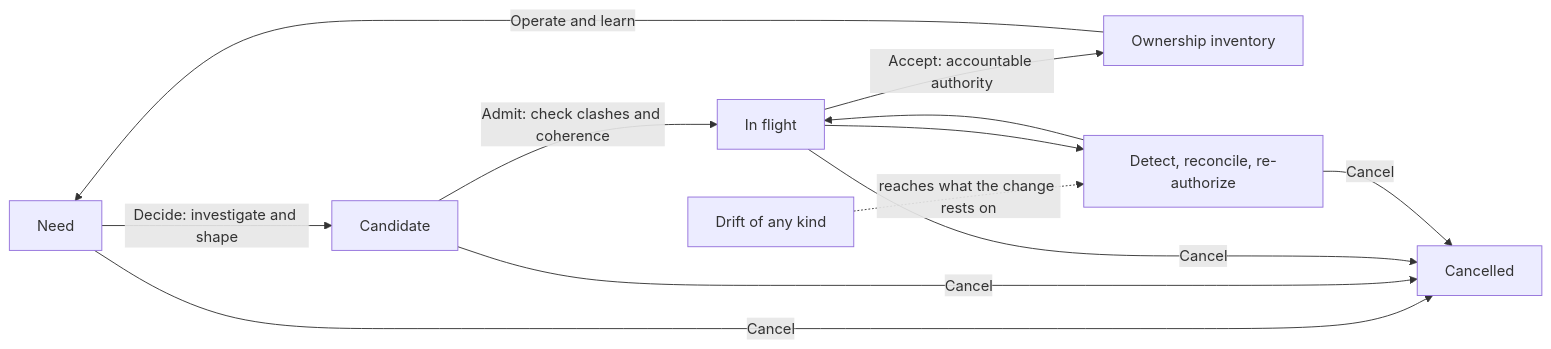
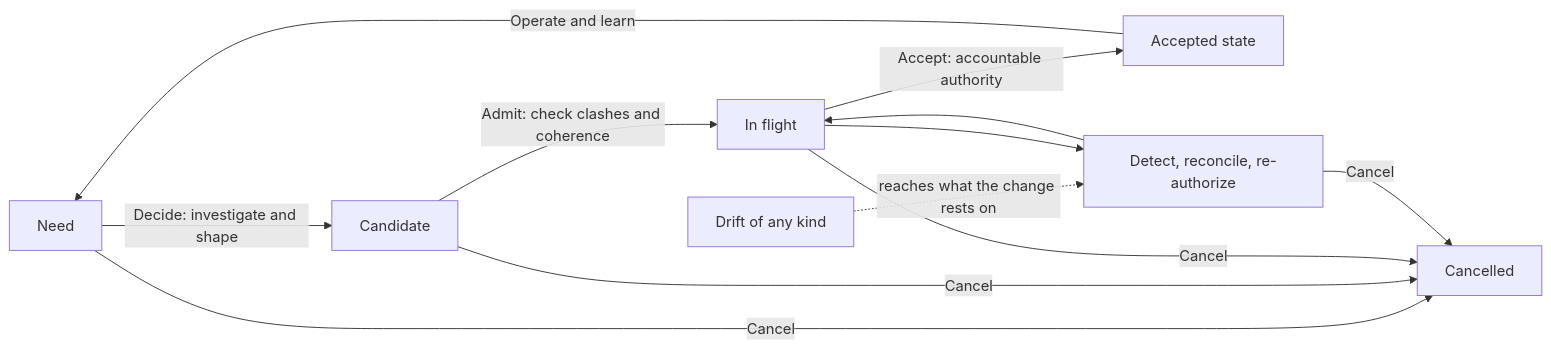
Before and after one commit to eusholli/ai-sdlc-landscape: the diagram in content/ownership.md, drawn with Mermaid. The commit also changed other lines of this file and 6 other files, not shown here.

````diff
--- a/content/ownership.md
+++ b/content/ownership.md
@@ -280,14 +286,14 @@
 ```mermaid
 flowchart LR
     N[Need] -->|Decide: investigate and shape| C[Candidate]
     C -->|Admit: check clashes and coherence| F[In flight]
-    F -->|Accept: accountable authority| O[Ownership inventory]
+    F -->|Accept: accountable authority| O[Accepted state]
     D[Drift of any kind] -.->|reaches what the change rests on| R[Detect, reconcile, re-authorize]
     F --> R
     R --> F
     O -->|Operate and learn| N
     N -->|Cancel| X[Cancelled]
     C -->|Cancel| X
     F -->|Cancel| X
     R -->|Cancel| X
 ```
````
